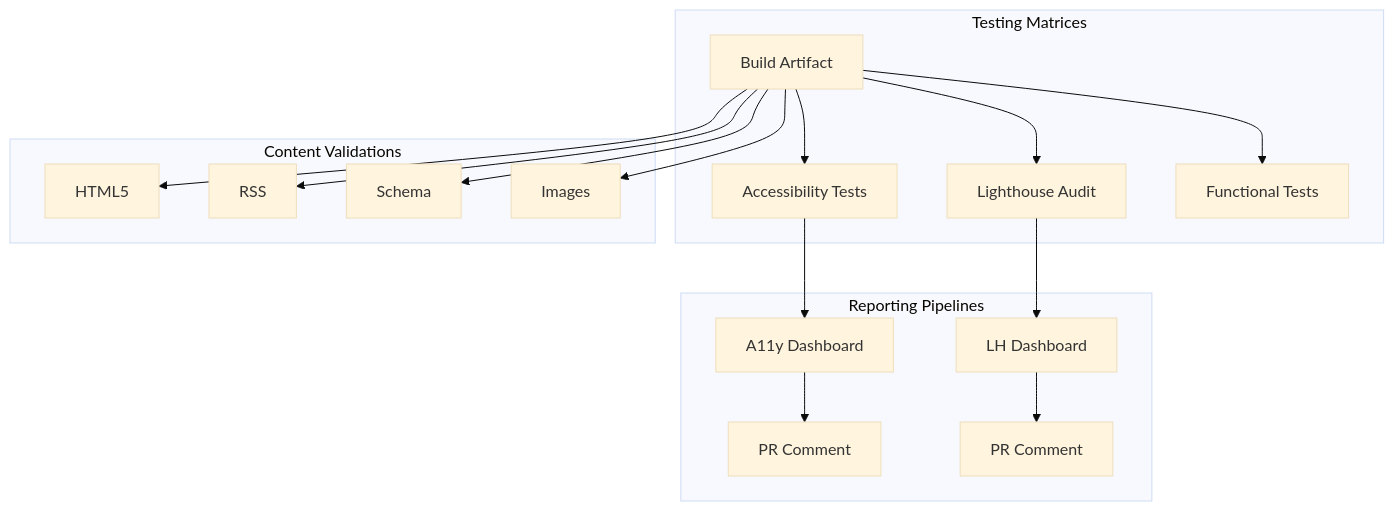
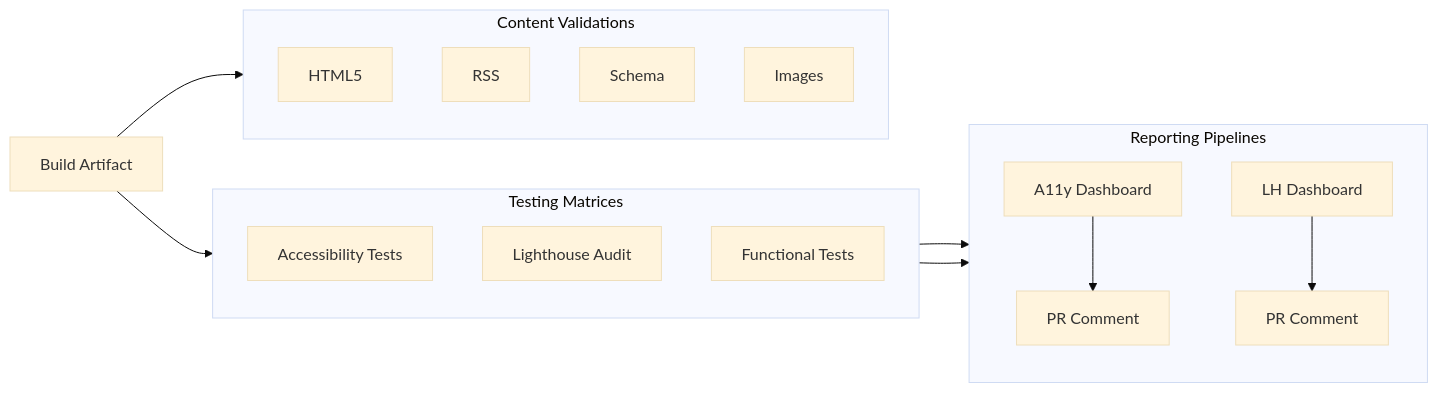
One commit to jmrplens/jmrp.io changed the third of 3 diagrams in README.md. Above: the diagram before and after it, drawn with Mermaid (base theme).

Commit message:
docs: finalize phase 2 ci diagram with LR layout and separate build node

````diff
--- a/README.md
+++ b/README.md
@@ -164,22 +164,29 @@
 ```mermaid
-graph TD
-    Build[Build Artifact]
+graph LR
+    Build[Build Artifact] --> TM
+    Build --> CV
 
-    subgraph "Testing Matrices"
-        Build --> A11y[Accessibility Tests]
-        Build --> LH[Lighthouse Audit]
-        Build --> Func[Functional Tests]
+    subgraph TM [Testing Matrices]
+        direction TB
+        A11y[Accessibility Tests]
+        LH[Lighthouse Audit]
+        Func[Functional Tests]
     end
 
-    subgraph "Content Validations"
-        Build --> HTML[HTML5]
-        Build --> RSS
-        Build --> Schema
-        Build --> Img[Images]
+    subgraph CV [Content Validations]
+        direction TB
+        HTML[HTML5]
+        RSS
+        Schema
+        Img[Images]
     end
 
-    subgraph "Reporting Pipelines"
-        A11y --> A11yAgg[A11y Dashboard] --> A11yCom[PR Comment]
-        LH --> LHAgg[LH Dashboard] --> LHCom[PR Comment]
+    subgraph Rep [Reporting Pipelines]
+        direction TB
+        A11yAgg[A11y Dashboard] --> A11yCom[PR Comment]
+        LHAgg[LH Dashboard] --> LHCom[PR Comment]
     end
+
+    A11y --> A11yAgg
+    LH --> LHAgg
 ```
````
